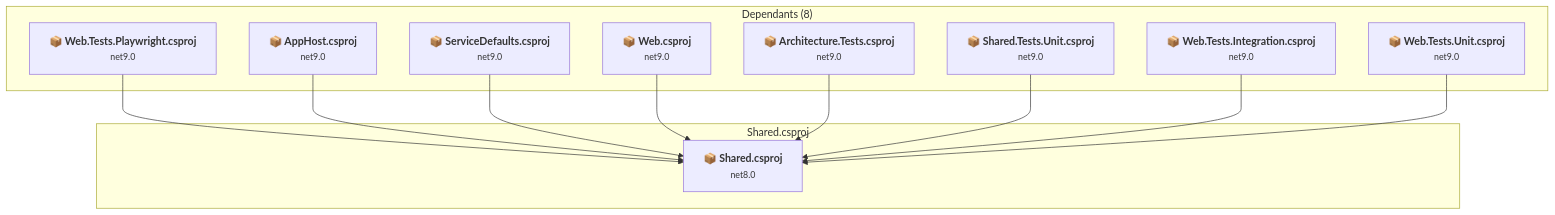
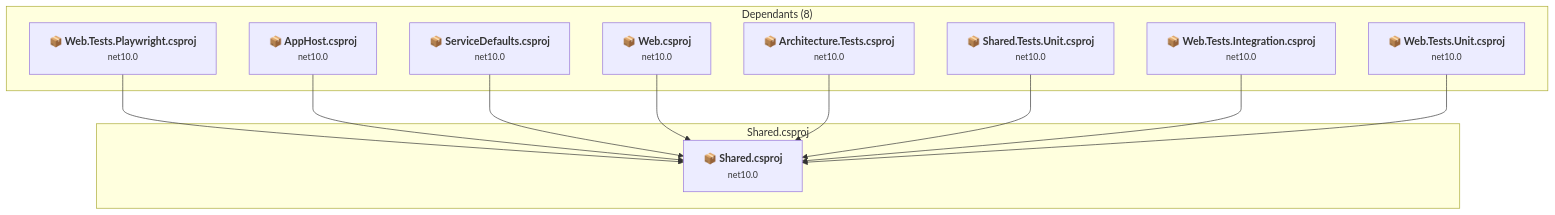
One commit to mpaulosky/ArticlesSite changed the fifth of 10 diagrams in .github/upgrades/assessment.md. Above: the diagram before and after it, drawn with Mermaid. The commit also changed other lines of this file and 11 other files, not shown here.

````diff
--- a/.github/upgrades/assessment.md
+++ b/.github/upgrades/assessment.md
@@ -245,34 +241,34 @@
 ```mermaid
 flowchart TB
     subgraph upstream["Dependants (8)"]
-        P1["<b>📦&nbsp;Web.Tests.Playwright.csproj</b><br/><small>net9.0</small>"]
-        P2["<b>📦&nbsp;AppHost.csproj</b><br/><small>net9.0</small>"]
-        P3["<b>📦&nbsp;ServiceDefaults.csproj</b><br/><small>net9.0</small>"]
-        P5["<b>📦&nbsp;Web.csproj</b><br/><small>net9.0</small>"]
-        P6["<b>📦&nbsp;Architecture.Tests.csproj</b><br/><small>net9.0</small>"]
-        P7["<b>📦&nbsp;Shared.Tests.Unit.csproj</b><br/><small>net9.0</small>"]
-        P8["<b>📦&nbsp;Web.Tests.Integration.csproj</b><br/><small>net9.0</small>"]
-        P9["<b>📦&nbsp;Web.Tests.Unit.csproj</b><br/><small>net9.0</small>"]
+        P1["<b>📦&nbsp;Web.Tests.Playwright.csproj</b><br/><small>net10.0</small>"]
+        P2["<b>📦&nbsp;AppHost.csproj</b><br/><small>net10.0</small>"]
+        P3["<b>📦&nbsp;ServiceDefaults.csproj</b><br/><small>net10.0</small>"]
+        P5["<b>📦&nbsp;Web.csproj</b><br/><small>net10.0</small>"]
+        P6["<b>📦&nbsp;Architecture.Tests.csproj</b><br/><small>net10.0</small>"]
+        P7["<b>📦&nbsp;Shared.Tests.Unit.csproj</b><br/><small>net10.0</small>"]
+        P8["<b>📦&nbsp;Web.Tests.Integration.csproj</b><br/><small>net10.0</small>"]
+        P9["<b>📦&nbsp;Web.Tests.Unit.csproj</b><br/><small>net10.0</small>"]
         click P1 "#e2ewebtestsplaywrightwebtestsplaywrightcsproj"
         click P2 "#srcapphostapphostcsproj"
         click P3 "#srcservicedefaultsservicedefaultscsproj"
         click P5 "#srcwebwebcsproj"
         click P6 "#testsarchitecturetestsarchitecturetestscsproj"
         click P7 "#testssharedtestsunitsharedtestsunitcsproj"
         click P8 "#testswebtestsintegrationwebtestsintegrationcsproj"
         click P9 "#testswebtestsunitwebtestsunitcsproj"
     end
     subgraph current["Shared.csproj"]
-        MAIN["<b>📦&nbsp;Shared.csproj</b><br/><small>net8.0</small>"]
+        MAIN["<b>📦&nbsp;Shared.csproj</b><br/><small>net10.0</small>"]
         click MAIN "#srcsharedsharedcsproj"
     end
     P1 --> MAIN
     P2 --> MAIN
     P3 --> MAIN
     P5 --> MAIN
     P6 --> MAIN
     P7 --> MAIN
     P8 --> MAIN
     P9 --> MAIN
 
 ```
````
